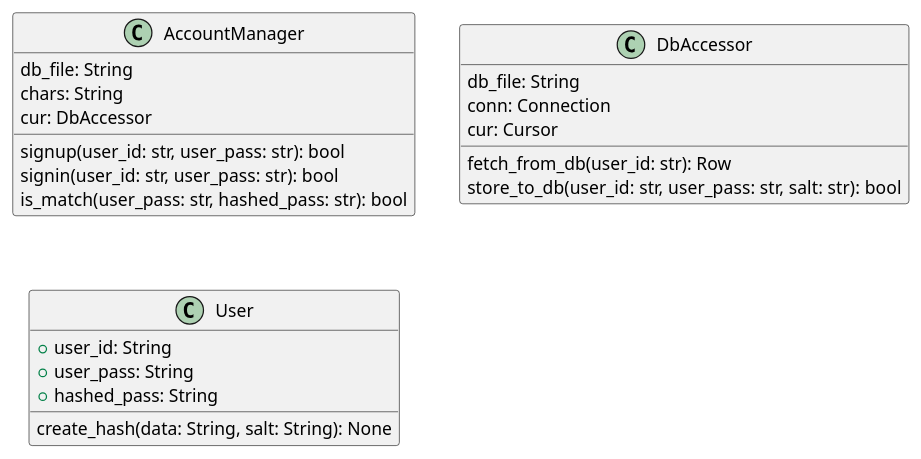
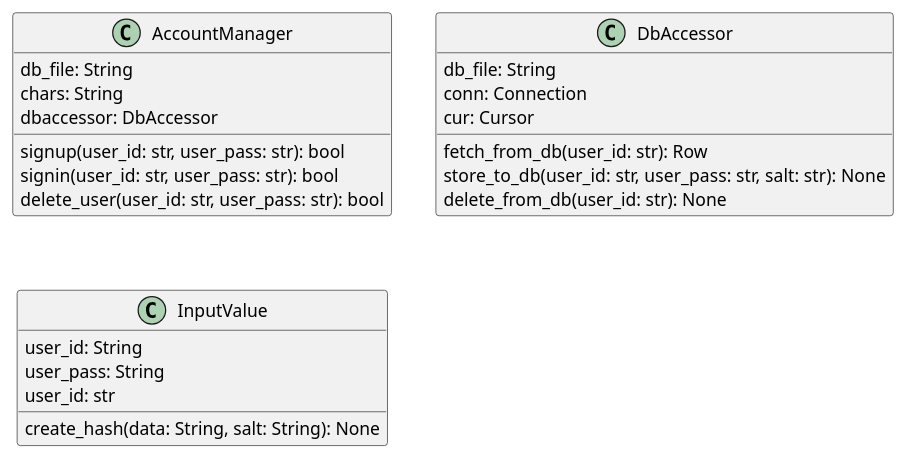
One commit to mitty1293/learn_python changed the diagram in UML/class_figure.pu. Above: the diagram before and after it, drawn with PlantUML.

Commit message:
class図修正

```diff
--- a/UML/class_figure.pu
+++ b/UML/class_figure.pu
@@ -1,23 +1,24 @@
 @startuml
 Class AccountManager {
 	db_file: String
     chars: String
-    cur: DbAccessor
+    dbaccessor: DbAccessor
     signup(user_id: str, user_pass: str): bool
     signin(user_id: str, user_pass: str): bool
-    is_match(user_pass: str, hashed_pass: str): bool
+    delete_user(user_id: str, user_pass: str): bool
 }
 Class DbAccessor {
 	db_file: String
     conn: Connection
     cur: Cursor
     fetch_from_db(user_id: str): Row
-    store_to_db(user_id: str, user_pass: str, salt: str): bool
+    store_to_db(user_id: str, user_pass: str, salt: str): None
+    delete_from_db(user_id: str): None
 }
-Class User {
-    + user_id: String
-    + user_pass: String
-    + hashed_pass: String
+Class InputValue {
+    user_id: String
+    user_pass: String
+    user_id: str
     create_hash(data: String, salt: String): None
 }
 @enduml
```
